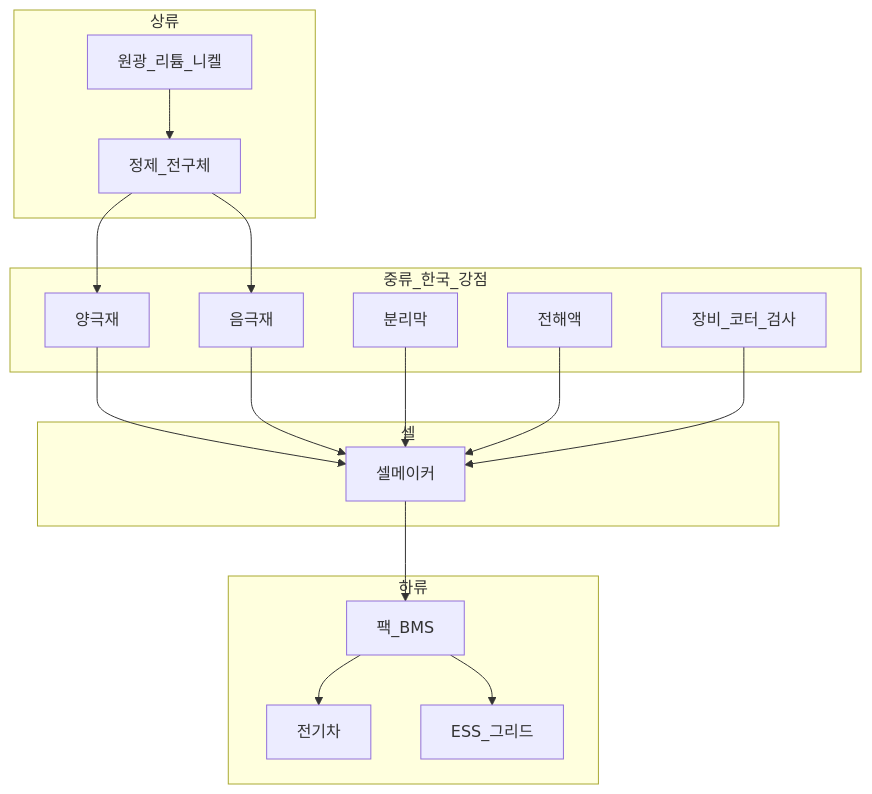
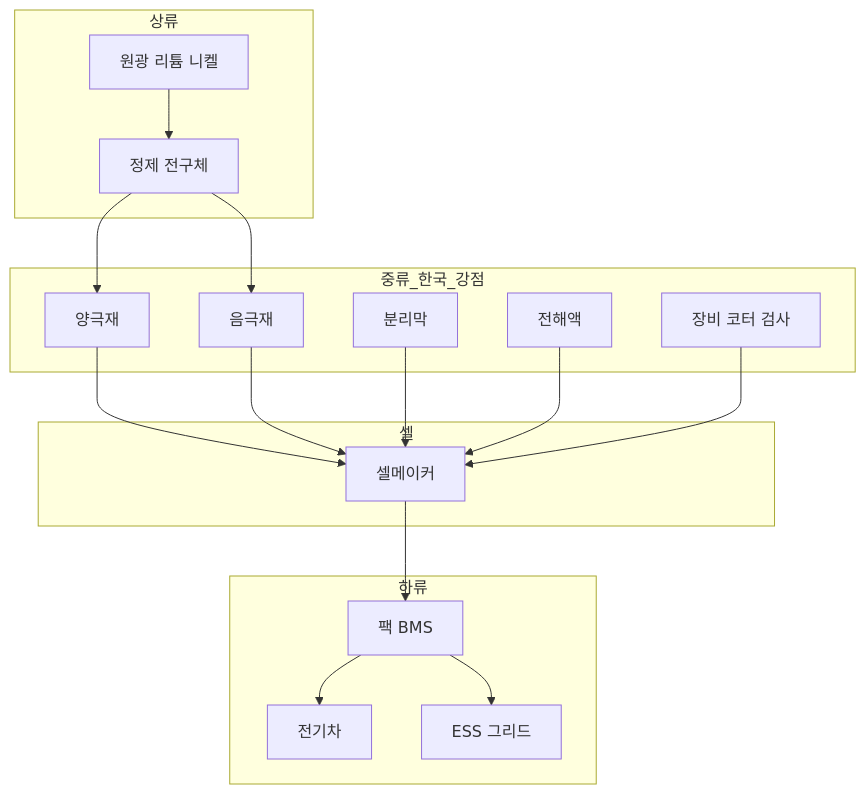
Before and after one commit to goldanghenry/Finances: the second of 3 diagrams in 03-markets/sectors/battery-lfp-ncm-ess.md, drawn with Mermaid. The commit also changed other lines of this file and 211 other files, not shown here.

````diff
--- a/03-markets/sectors/battery-lfp-ncm-ess.md
+++ b/03-markets/sectors/battery-lfp-ncm-ess.md
@@ -140,32 +146,32 @@
 ```mermaid
 flowchart TB
   subgraph upstream [상류]
-    Mine[원광_리튬_니켈]
-    Refine[정제_전구체]
+    Mine["원광 리튬 니켈"]
+    Refine["정제 전구체"]
   end
   subgraph mid [중류_한국_강점]
     Cath[양극재]
     Anode[음극재]
     Sep[분리막]
     Elec[전해액]
-    Equip[장비_코터_검사]
+    Equip["장비 코터 검사"]
   end
   subgraph cell [셀]
     CellM[셀메이커]
   end
   subgraph downstream [하류]
-    Pack[팩_BMS]
+    Pack["팩 BMS"]
     EV[전기차]
-    ESS[ESS_그리드]
+    ESS["ESS 그리드"]
   end
   Mine --> Refine --> Cath
   Refine --> Anode
   Cath --> CellM
   Anode --> CellM
   Sep --> CellM
   Elec --> CellM
   Equip --> CellM
   CellM --> Pack
   Pack --> EV
   Pack --> ESS
 ```
````
